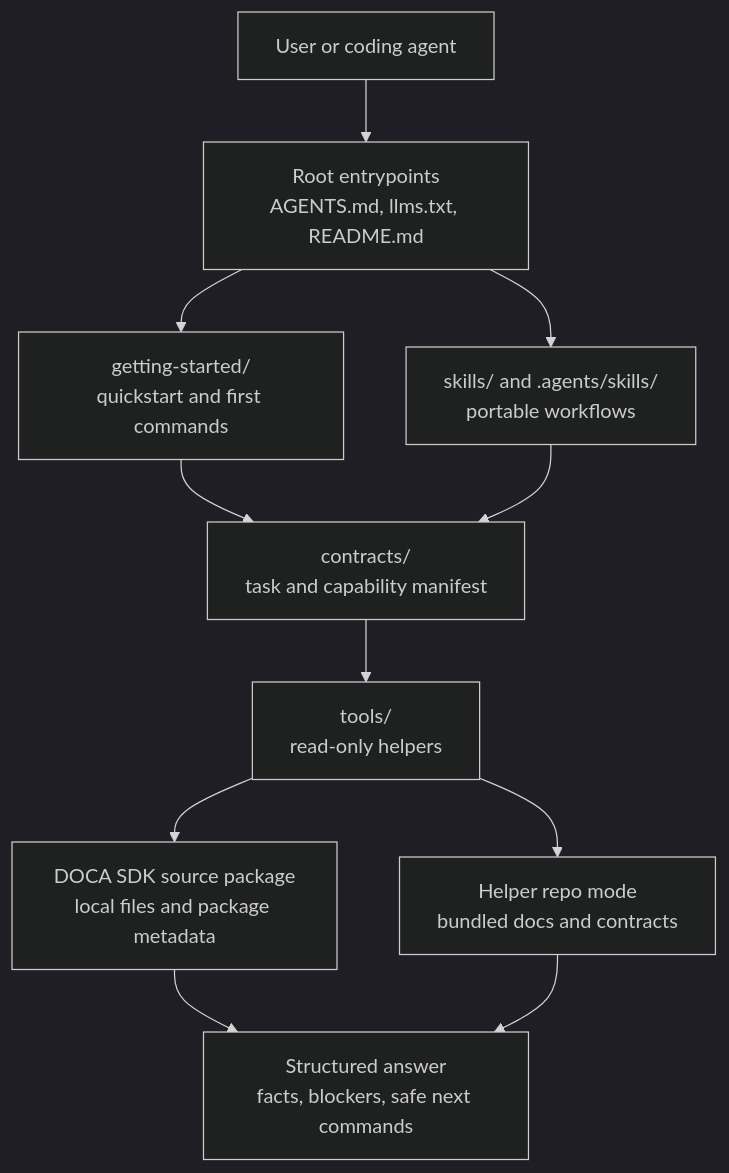
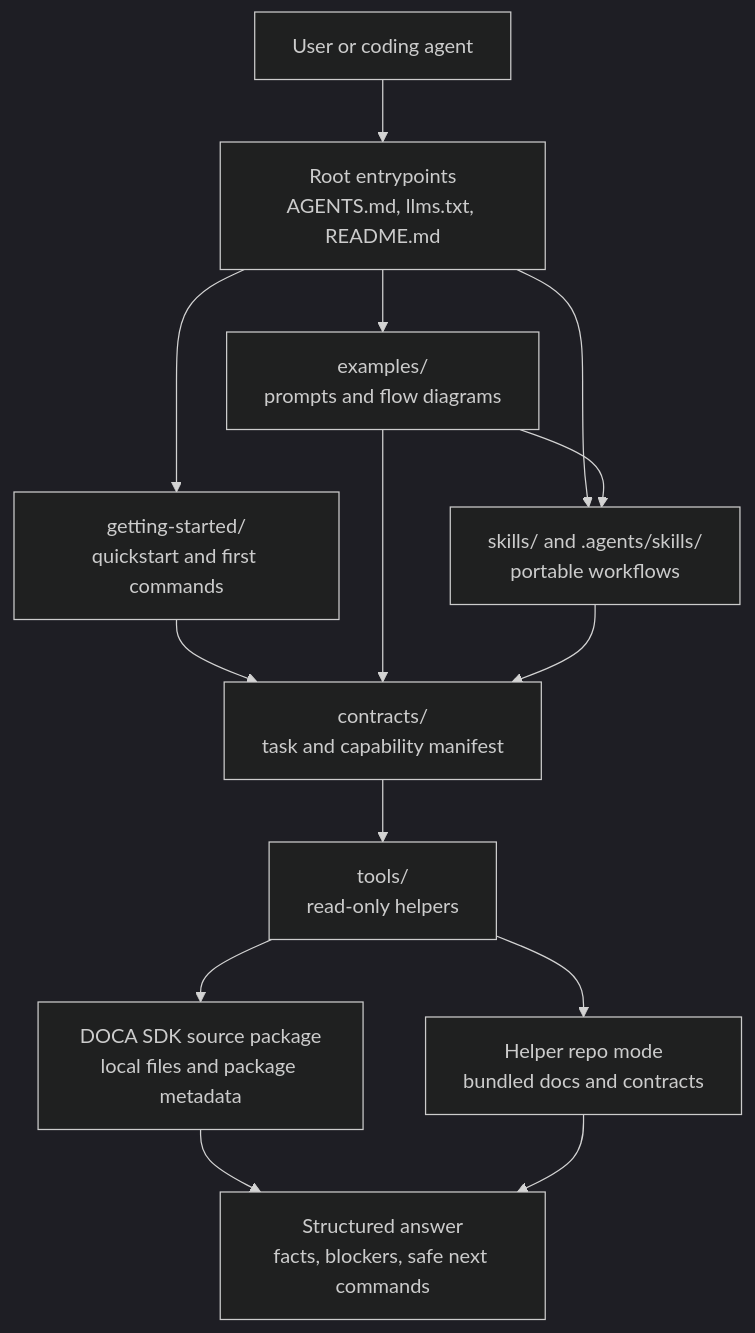
The diagram in README.md (NVIDIA-DOCA/doca-skills), drawn with Mermaid (dark theme) before and after one commit. The commit also changed other lines of this file and 6 other files, not shown here.

Commit message:
Add agent flow examples

````diff
--- a/README.md
+++ b/README.md
@@ -55,23 +56,27 @@
 ```mermaid
 flowchart TD
     user["User or coding agent"]
     entry["Root entrypoints<br/>AGENTS.md, llms.txt, README.md"]
     guide["getting-started/<br/>quickstart and first commands"]
+    examples["examples/<br/>prompts and flow diagrams"]
     skills["skills/ and .agents/skills/<br/>portable workflows"]
     contracts["contracts/<br/>task and capability manifest"]
     tools["tools/<br/>read-only helpers"]
     helper["Helper repo mode<br/>bundled docs and contracts"]
     source["DOCA SDK source package<br/>local files and package metadata"]
     report["Structured answer<br/>facts, blockers, safe next commands"]
 
     user --> entry
     entry --> guide
+    entry --> examples
     entry --> skills
     guide --> contracts
+    examples --> skills
+    examples --> contracts
     skills --> contracts
     contracts --> tools
     tools --> helper
     tools --> source
     source --> report
     helper --> report
 ```
````
